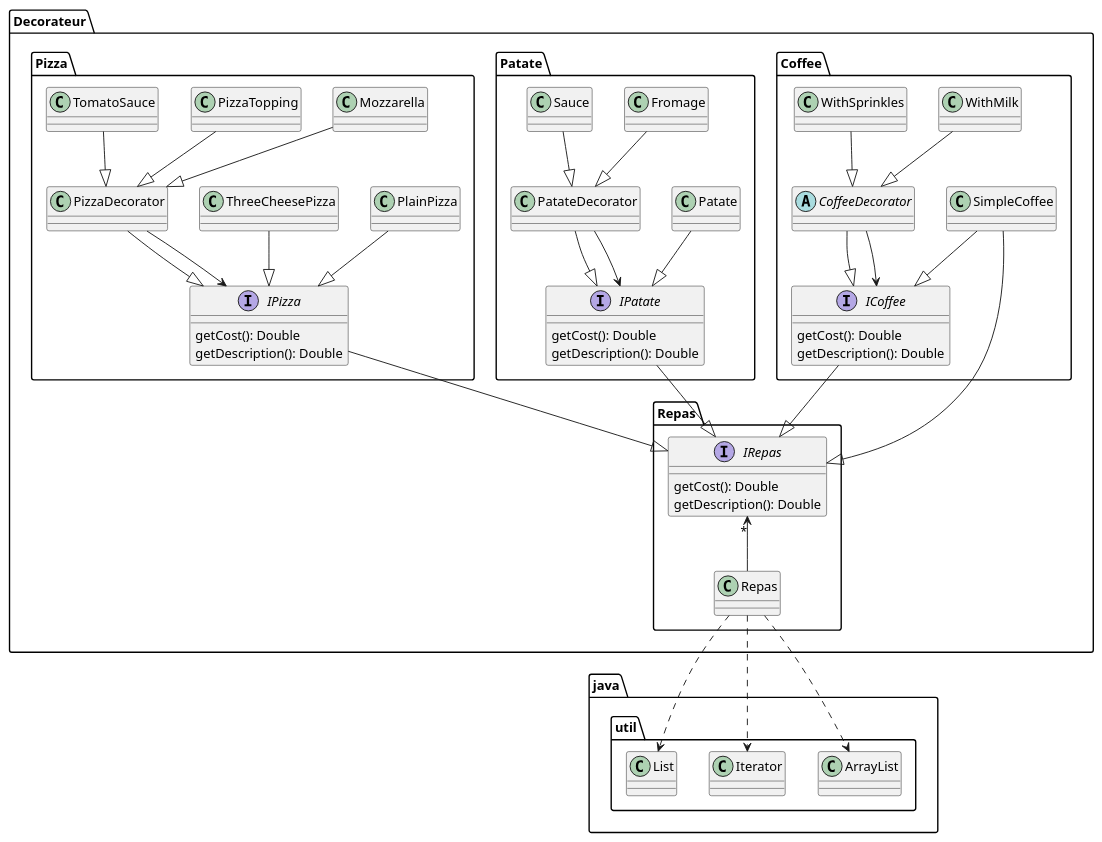
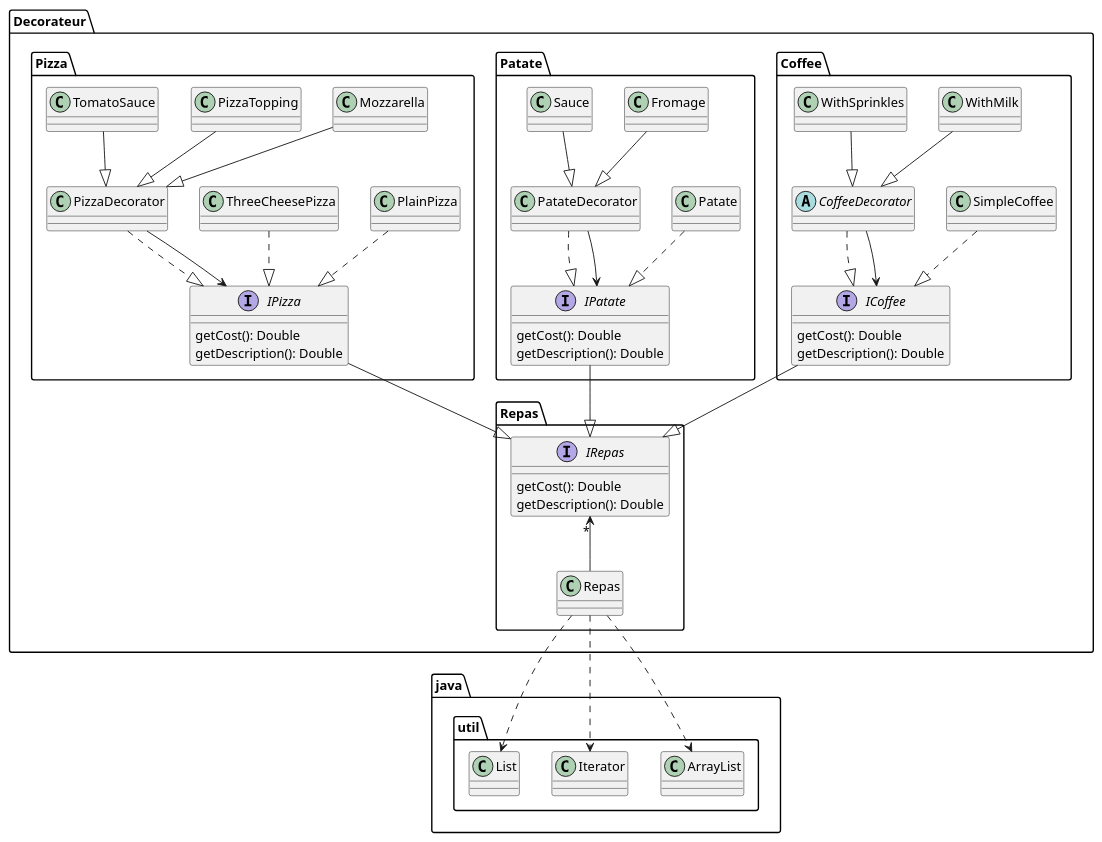
The diagram in src/main/java/Decorateur/Repas/README-generated.puml (yvanross/LOG121-C04-decorateur-solution), drawn with PlantUML before and after one commit. The commit also changed 7 other files, not shown here.

Commit message:
fix bug in generated diagrams

```diff
--- a/src/main/java/Decorateur/Repas/README-generated.puml
+++ b/src/main/java/Decorateur/Repas/README-generated.puml
@@ -1,63 +1,62 @@
 @startuml Diagramme de classe
 abstract class Decorateur.Coffee.CoffeeDecorator
 class Decorateur.Coffee.SimpleCoffee
 class Decorateur.Coffee.WithMilk
 class Decorateur.Coffee.WithSprinkles
 class Decorateur.Patate.Fromage
 class Decorateur.Patate.Patate
 class Decorateur.Patate.PatateDecorator
 class Decorateur.Patate.Sauce
 class Decorateur.Pizza.Mozzarella
 class Decorateur.Pizza.PizzaDecorator
 class Decorateur.Pizza.PizzaTopping
 class Decorateur.Pizza.PlainPizza
 class Decorateur.Pizza.ThreeCheesePizza
 class Decorateur.Pizza.TomatoSauce
 class Decorateur.Repas.Repas
 class java.util.ArrayList
 class java.util.Iterator
 class java.util.List
 interface Decorateur.Coffee.ICoffee{
     getCost(): Double
     getDescription(): Double
 }
 interface Decorateur.Patate.IPatate{
     getCost(): Double
     getDescription(): Double
 }
 interface Decorateur.Pizza.IPizza{
     getCost(): Double
     getDescription(): Double
 }
 interface Decorateur.Repas.IRepas{
     getCost(): Double
     getDescription(): Double
 }
-Decorateur.Coffee.CoffeeDecorator --|> Decorateur.Coffee.ICoffee
-Decorateur.Coffee.SimpleCoffee --|> Decorateur.Coffee.ICoffee
-Decorateur.Coffee.SimpleCoffee --|> Decorateur.Repas.IRepas
+Decorateur.Coffee.CoffeeDecorator ..|> Decorateur.Coffee.ICoffee
+Decorateur.Coffee.SimpleCoffee ..|> Decorateur.Coffee.ICoffee
 Decorateur.Coffee.WithMilk --|> Decorateur.Coffee.CoffeeDecorator
 Decorateur.Coffee.WithSprinkles --|> Decorateur.Coffee.CoffeeDecorator
 Decorateur.Patate.Fromage --|> Decorateur.Patate.PatateDecorator
-Decorateur.Patate.Patate --|> Decorateur.Patate.IPatate
-Decorateur.Patate.PatateDecorator --|> Decorateur.Patate.IPatate
+Decorateur.Patate.Patate ..|> Decorateur.Patate.IPatate
+Decorateur.Patate.PatateDecorator ..|> Decorateur.Patate.IPatate
 Decorateur.Patate.Sauce --|> Decorateur.Patate.PatateDecorator
 Decorateur.Pizza.Mozzarella --|> Decorateur.Pizza.PizzaDecorator
-Decorateur.Pizza.PizzaDecorator --|> Decorateur.Pizza.IPizza
+Decorateur.Pizza.PizzaDecorator ..|> Decorateur.Pizza.IPizza
 Decorateur.Pizza.PizzaTopping --|> Decorateur.Pizza.PizzaDecorator
-Decorateur.Pizza.PlainPizza --|> Decorateur.Pizza.IPizza
-Decorateur.Pizza.ThreeCheesePizza --|> Decorateur.Pizza.IPizza
+Decorateur.Pizza.PlainPizza ..|> Decorateur.Pizza.IPizza
+Decorateur.Pizza.ThreeCheesePizza ..|> Decorateur.Pizza.IPizza
 Decorateur.Pizza.TomatoSauce --|> Decorateur.Pizza.PizzaDecorator
 Decorateur.Repas.Repas ..> java.util.ArrayList
 Decorateur.Repas.Repas ..> java.util.Iterator
 Decorateur.Repas.Repas ..> java.util.List
 Decorateur.Coffee.ICoffee --|> Decorateur.Repas.IRepas
 Decorateur.Patate.IPatate --|> Decorateur.Repas.IRepas
 Decorateur.Pizza.IPizza --|> Decorateur.Repas.IRepas
 
 Decorateur.Repas.Repas -u-> "*" Decorateur.Repas.IRepas
 Decorateur.Coffee.CoffeeDecorator --> Decorateur.Coffee.ICoffee
 Decorateur.Patate.PatateDecorator --> Decorateur.Patate.IPatate
 Decorateur.Pizza.PizzaDecorator --> Decorateur.Pizza.IPizza
 
 @enduml
```
